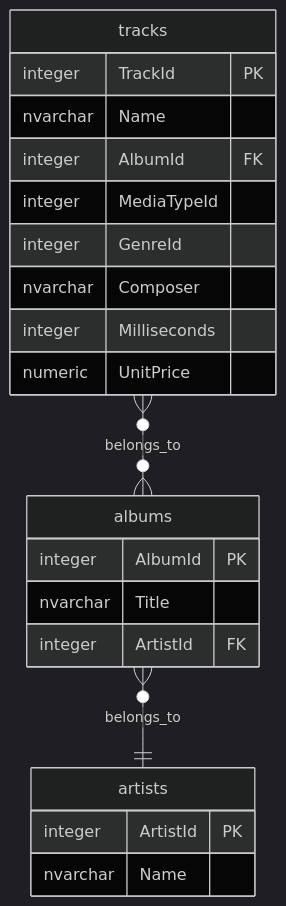
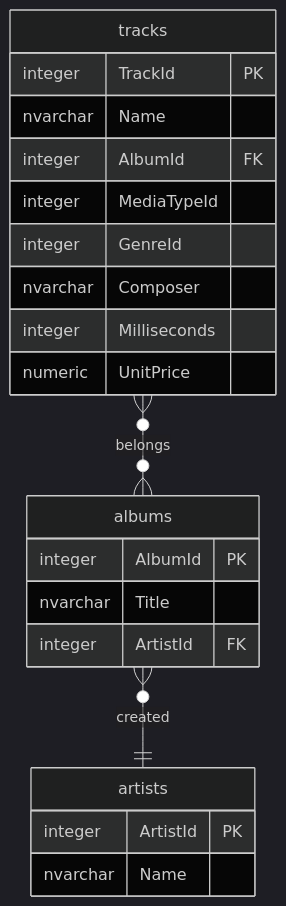
The third of 3 diagrams in database/contents/adv_sql/practice.md (zi-ang-liu/jb-database), drawn with Mermaid (dark theme) before and after one commit.

````diff
--- a/database/contents/adv_sql/practice.md
+++ b/database/contents/adv_sql/practice.md
@@ -148,24 +148,24 @@
 ```{mermaid}
 erDiagram
    tracks {
       integer TrackId PK
       nvarchar Name
       integer AlbumId FK
       integer MediaTypeId
       integer GenreId
       nvarchar Composer
       integer Milliseconds
       numeric UnitPrice
    }
    albums {
       integer AlbumId PK
       nvarchar Title
       integer ArtistId FK
    }
    artists {
       integer ArtistId PK
       nvarchar Name
    }
-   tracks }o--o{ albums : belongs_to
-   albums }o--|| artists : belongs_to
+   tracks }o--o{ albums : belongs
+   albums }o--|| artists : created
 ```
````
